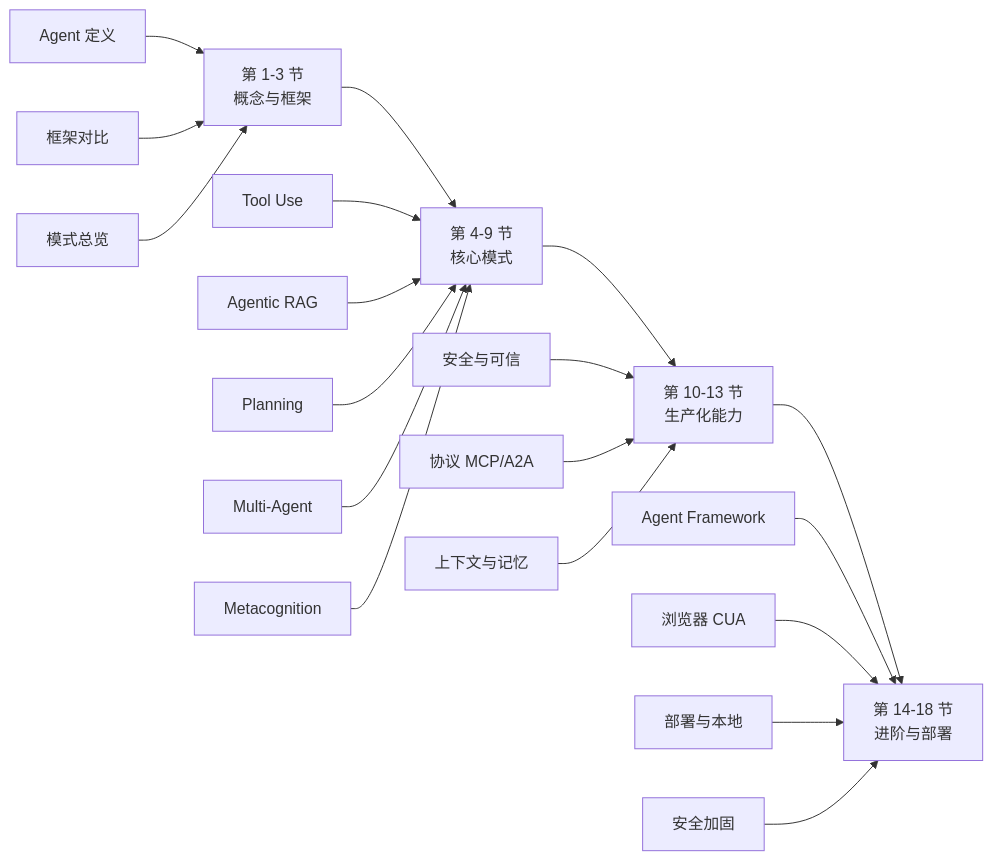
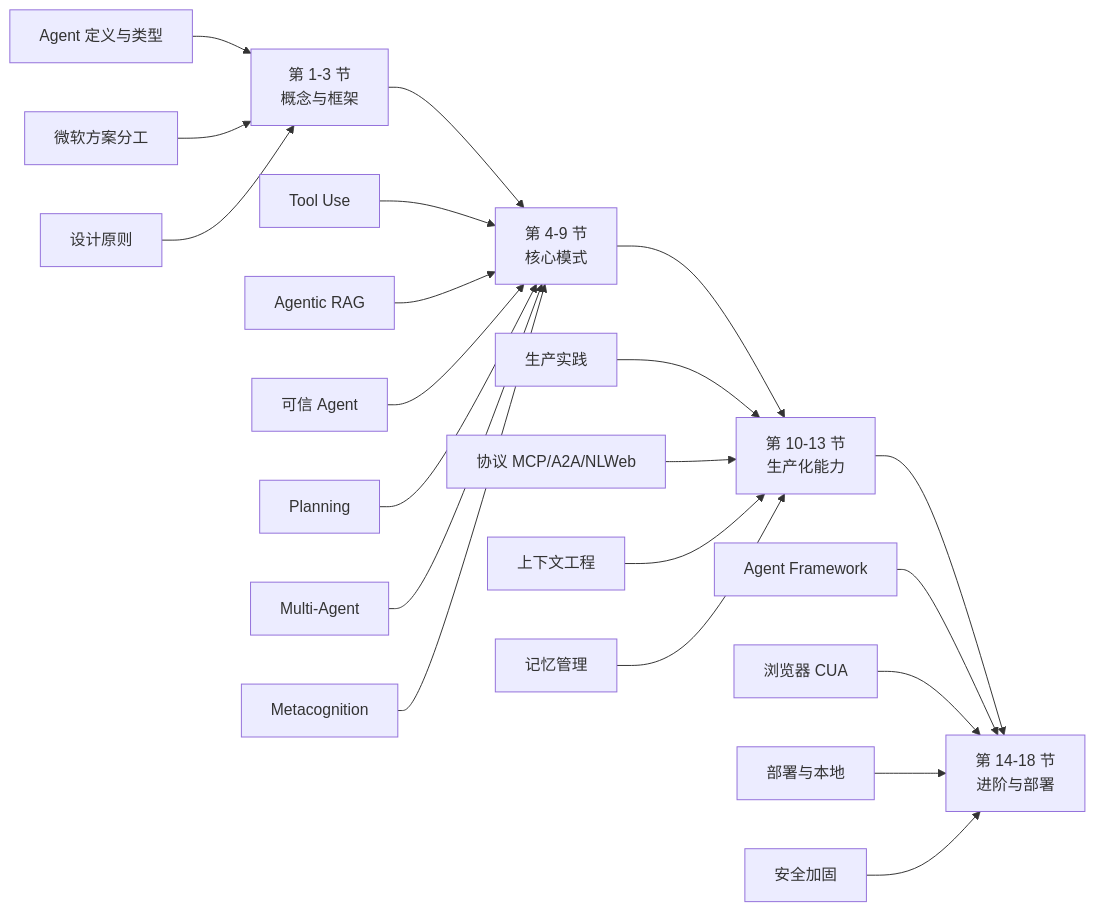
The first of 2 diagrams in content/posts/tech/ai-agents-for-beginners-microsoft-complete-guide.md (A1pha3/text-matrix), drawn with Mermaid before and after one commit. The commit also changed other lines of this file and 227 other files, not shown here.

````diff
--- a/content/posts/tech/ai-agents-for-beginners-microsoft-complete-guide.md
+++ b/content/posts/tech/ai-agents-for-beginners-microsoft-complete-guide.md
@@ -53,25 +55,27 @@
 ```mermaid
 graph LR
     A["第 1-3 节<br/>概念与框架"] --> B["第 4-9 节<br/>核心模式"]
     B --> C["第 10-13 节<br/>生产化能力"]
     C --> D["第 14-18 节<br/>进阶与部署"]
 
-    A1["Agent 定义"] --> A
-    A2["框架对比"] --> A
-    A3["模式总览"] --> A
+    A1["Agent 定义与类型"] --> A
+    A2["微软方案分工"] --> A
+    A3["设计原则"] --> A
 
     B1["Tool Use"] --> B
     B2["Agentic RAG"] --> B
-    B3["Planning"] --> B
-    B4["Multi-Agent"] --> B
-    B5["Metacognition"] --> B
+    B3["可信 Agent"] --> B
+    B4["Planning"] --> B
+    B5["Multi-Agent"] --> B
+    B6["Metacognition"] --> B
 
-    C1["安全与可信"] --> C
-    C2["协议 MCP/A2A"] --> C
-    C3["上下文与记忆"] --> C
+    C1["生产实践"] --> C
+    C2["协议 MCP/A2A/NLWeb"] --> C
+    C3["上下文工程"] --> C
+    C4["记忆管理"] --> C
 
     D1["Agent Framework"] --> D
     D2["浏览器 CUA"] --> D
     D3["部署与本地"] --> D
     D4["安全加固"] --> D
 ```
````
